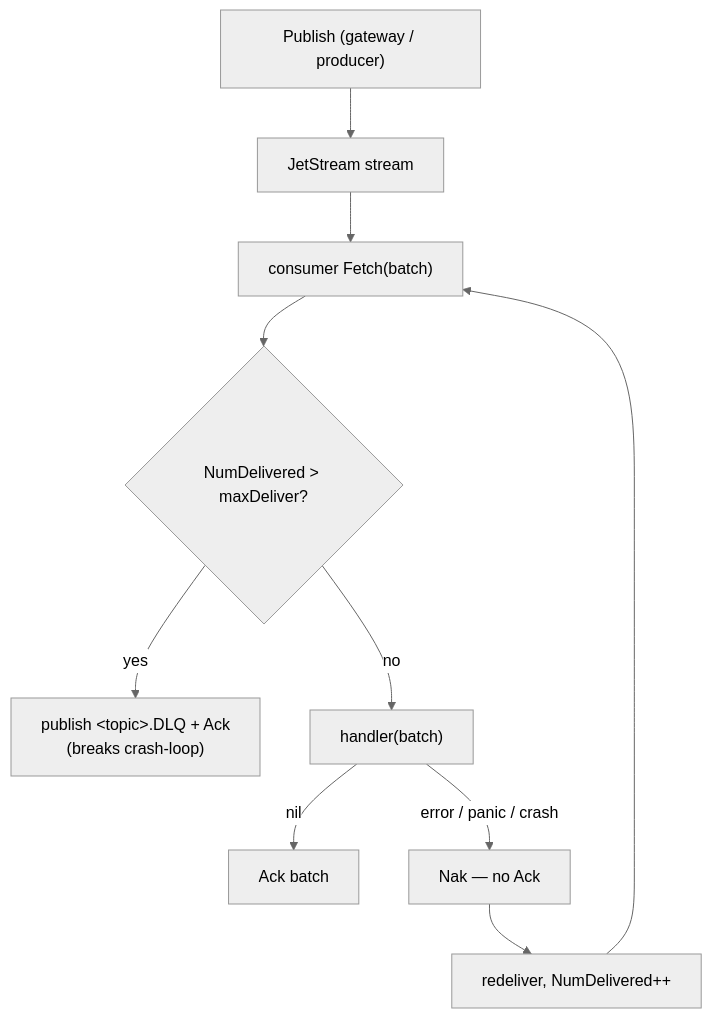
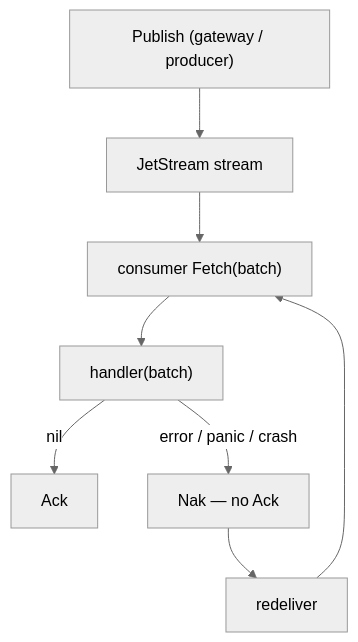
One commit to thinkonmay/global-proxy changed the sixth of 6 diagrams in api/README.md. Above: the diagram before and after it, drawn with Mermaid (neutral theme). The commit also changed other lines of this file and 30 other files, not shown here.

````diff
--- a/api/README.md
+++ b/api/README.md
@@ -299,12 +299,10 @@
 ```mermaid
 flowchart TD
     P["Publish (gateway / producer)"] --> S["JetStream stream"]
     S --> F["consumer Fetch(batch)"]
-    F --> D{"NumDelivered > maxDeliver?"}
-    D -->|yes| DLQ["publish &lt;topic&gt;.DLQ + Ack<br/>(breaks crash-loop)"]
-    D -->|no| H["handler(batch)"]
-    H -->|"nil"| ACK["Ack batch"]
+    F --> H["handler(batch)"]
+    H -->|"nil"| ACK["Ack"]
     H -->|"error / panic / crash"| NAK["Nak — no Ack"]
-    NAK --> R["redeliver, NumDelivered++"]
+    NAK --> R["redeliver"]
     R --> F
 ```
````
